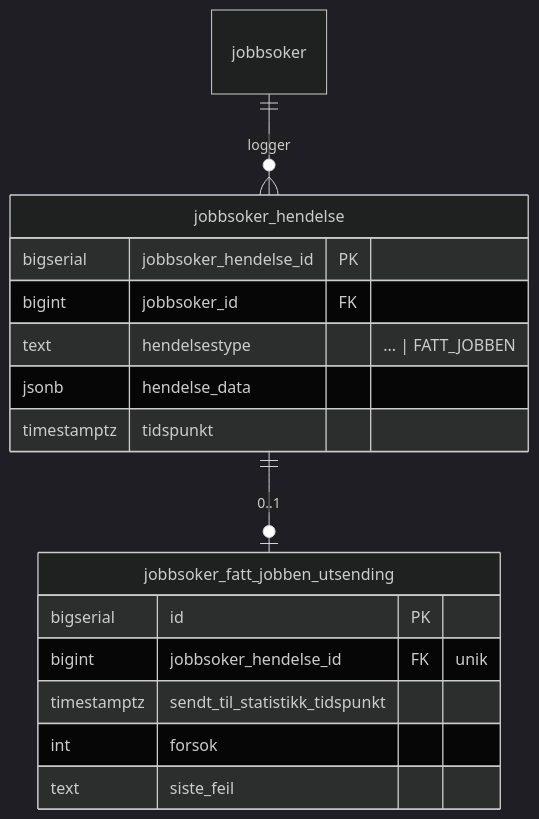
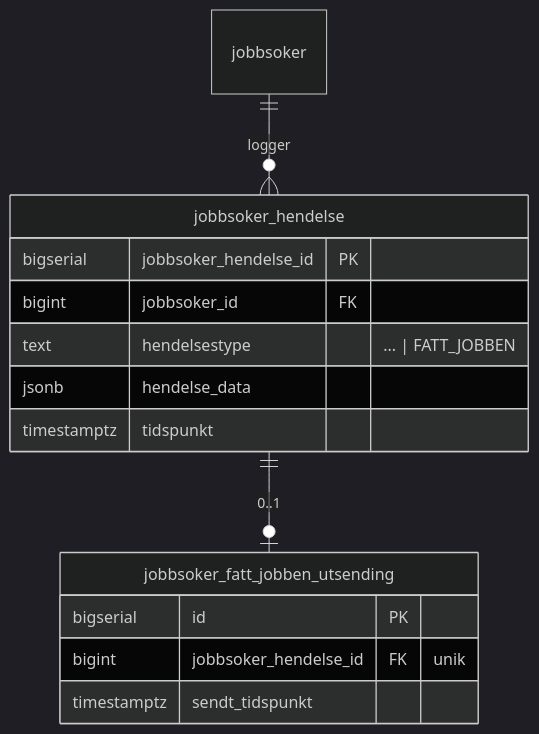
The diagram in docs/9-planer/rekrutteringstreff-fått-jobben/fatt-jobben-rekrutteringstreff-2a.md (navikt/rekrutteringstreff-backend), drawn with Mermaid (dark theme) before and after one commit. The commit also changed other lines of this file, not shown here.

````diff
--- a/docs/9-planer/rekrutteringstreff-fått-jobben/fatt-jobben-rekrutteringstreff-2a.md
+++ b/docs/9-planer/rekrutteringstreff-fått-jobben/fatt-jobben-rekrutteringstreff-2a.md
@@ -28,19 +28,17 @@
 ```mermaid
 erDiagram
     jobbsoker ||--o{ jobbsoker_hendelse : logger
     jobbsoker_hendelse ||--o| jobbsoker_fatt_jobben_utsending : "0..1"
     jobbsoker_hendelse {
         bigserial jobbsoker_hendelse_id PK
         bigint jobbsoker_id FK
         text hendelsestype "... | FATT_JOBBEN"
         jsonb hendelse_data
         timestamptz tidspunkt
     }
     jobbsoker_fatt_jobben_utsending {
         bigserial id PK
         bigint jobbsoker_hendelse_id FK "unik"
-        timestamptz sendt_til_statistikk_tidspunkt
-        int forsok
-        text siste_feil
+        timestamptz sendt_tidspunkt
     }
 ```
````
